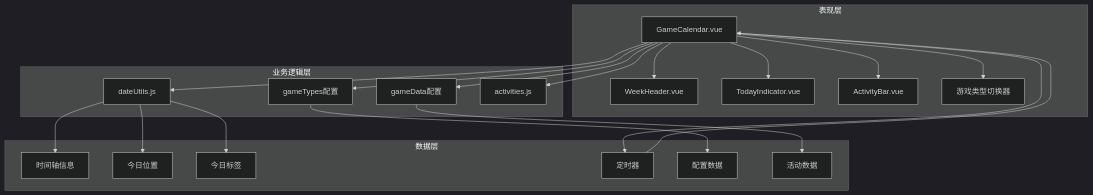
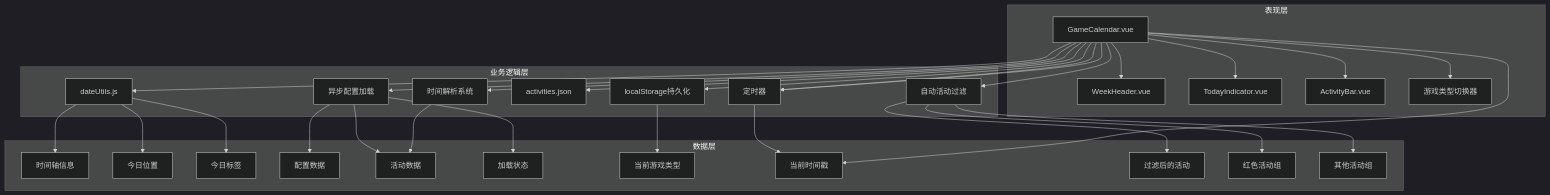
One commit to xuanyulingnfeg/gameCalendar changed the third of 10 diagrams in .qoder/repowiki/zh/content/核心组件/GameCalendar 主容器组件.md. Above: the diagram before and after it, drawn with Mermaid (dark theme). The commit also changed other lines of this file and 7 other files, not shown here.

````diff
--- a/.qoder/repowiki/zh/content/核心组件/GameCalendar 主容器组件.md
+++ b/.qoder/repowiki/zh/content/核心组件/GameCalendar 主容器组件.md
@@ -145,39 +164,58 @@
 ```mermaid
 graph TB
 subgraph "表现层"
 GameCalendar[GameCalendar.vue]
 WeekHeader[WeekHeader.vue]
 TodayIndicator[TodayIndicator.vue]
 ActivityBar[ActivityBar.vue]
 GameTypeSwitcher[游戏类型切换器]
 end
 subgraph "业务逻辑层"
 DateUtils[dateUtils.js]
-GameTypes[gameTypes配置]
-GameData[gameData配置]
-ActivitiesConfig[activities.js]
+LocalStorage[localStorage持久化]
+AsyncLoader[异步配置加载]
+ActivitiesConfig[activities.json]
+AutoFilter[自动活动过滤]
+Timer[定时器系统]
+ParseTime[时间解析系统]
 end
 subgraph "数据层"
 TimelineInfo[时间轴信息]
 TodayPosition[今日位置]
 TodayLabel[今日标签]
 Timer[定时器]
 Config[配置数据]
 Activities[活动数据]
+LoadingState[加载状态]
+CurrentGameType[当前游戏类型]
+NowTimestamp[当前时间戳]
+FilteredActivities[过滤后的活动]
+RedActivities[红色活动组]
+OtherActivities[其他活动组]
 end
 GameCalendar --> WeekHeader
 GameCalendar --> TodayIndicator
 GameCalendar --> ActivityBar
 GameCalendar --> GameTypeSwitcher
 GameCalendar --> DateUtils
-GameCalendar --> GameTypes
-GameCalendar --> GameData
+GameCalendar --> LocalStorage
+GameCalendar --> AsyncLoader
 GameCalendar --> ActivitiesConfig
+GameCalendar --> AutoFilter
+GameCalendar --> Timer
+GameCalendar --> ParseTime
 DateUtils --> TimelineInfo
 DateUtils --> TodayPosition
 DateUtils --> TodayLabel
-GameTypes --> Config
-GameData --> Activities
-Timer --> GameCalendar
+LocalStorage --> CurrentGameType
+AsyncLoader --> LoadingState
+AsyncLoader --> Config
+AsyncLoader --> Activities
+AutoFilter --> FilteredActivities
+AutoFilter --> RedActivities
+AutoFilter --> OtherActivities
+Timer --> NowTimestamp
+ParseTime --> Activities
 GameCalendar --> Timer
+GameCalendar --> NowTimestamp
 ```
````
